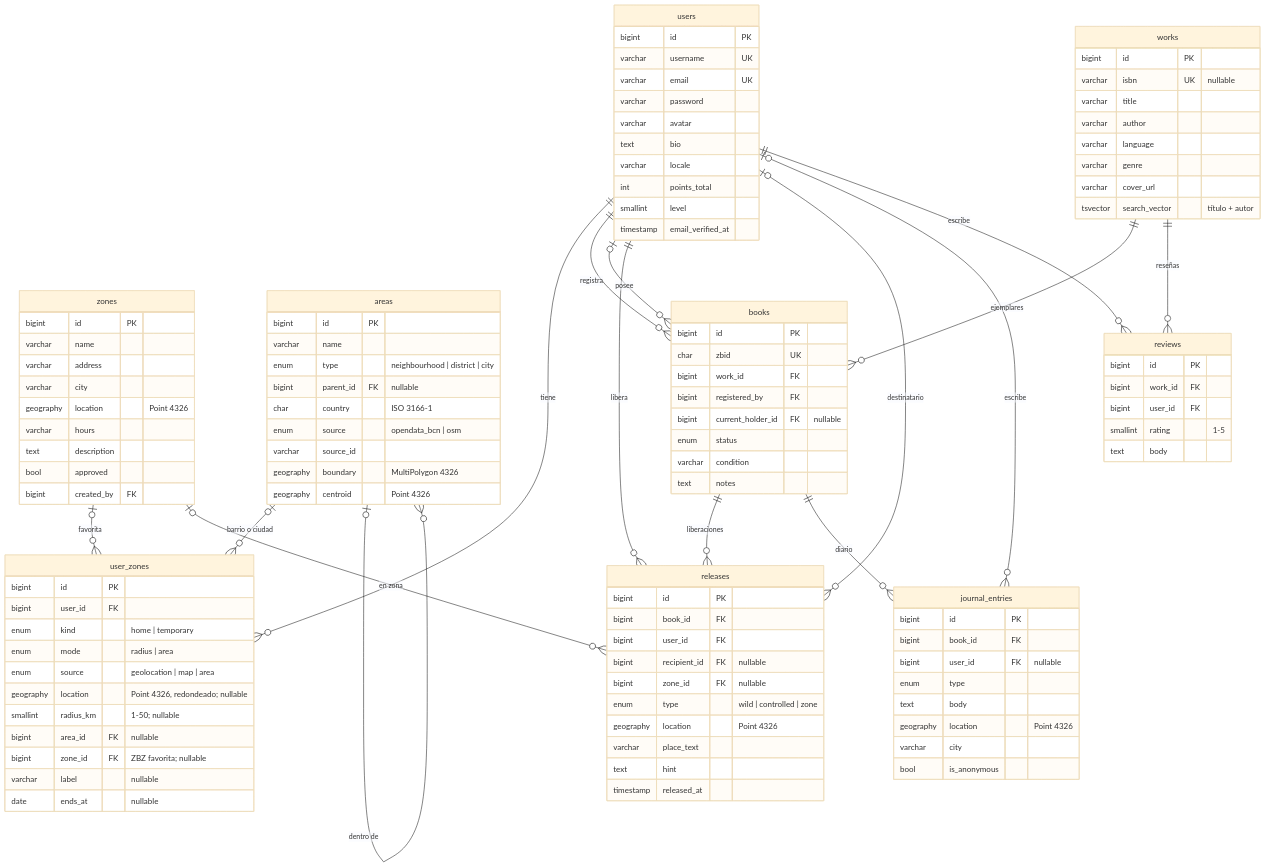
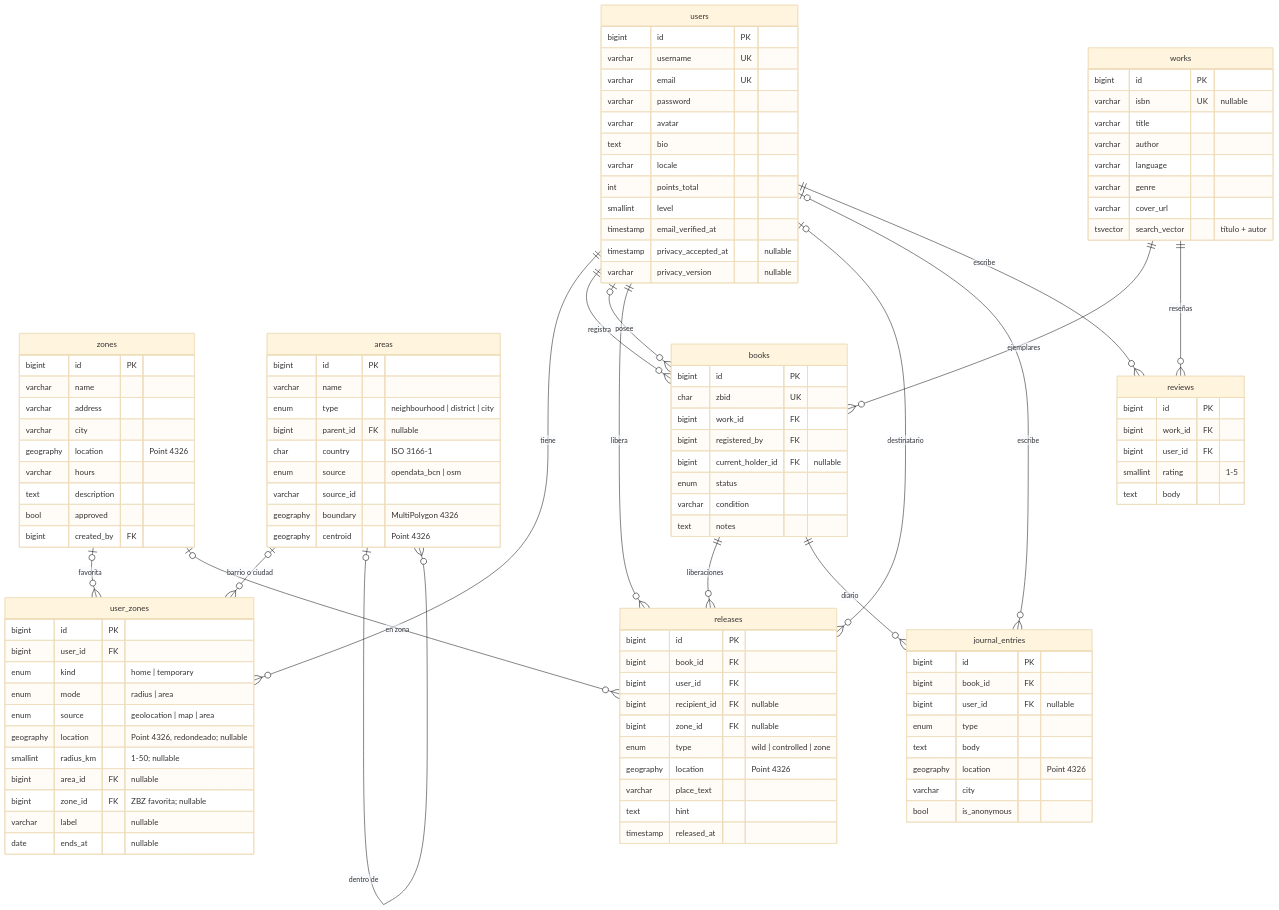
One commit to zStrikke/zBooks changed the first of 5 diagrams in docs/diagramas/06-er.md. Above: the diagram before and after it, drawn with Mermaid (base theme). The commit also changed 14 other files, not shown here.

```diff
--- a/docs/diagramas/06-er.md
+++ b/docs/diagramas/06-er.md
@@ -33,6 +33,8 @@
         int points_total
         smallint level
         timestamp email_verified_at
+        timestamp privacy_accepted_at "nullable"
+        varchar privacy_version "nullable"
     }
     user_zones {
         bigint id PK
```
